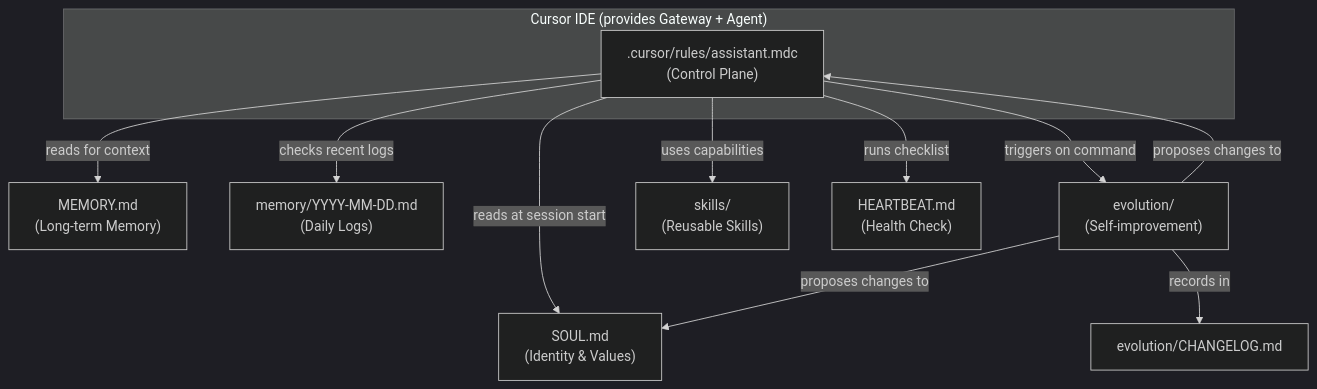
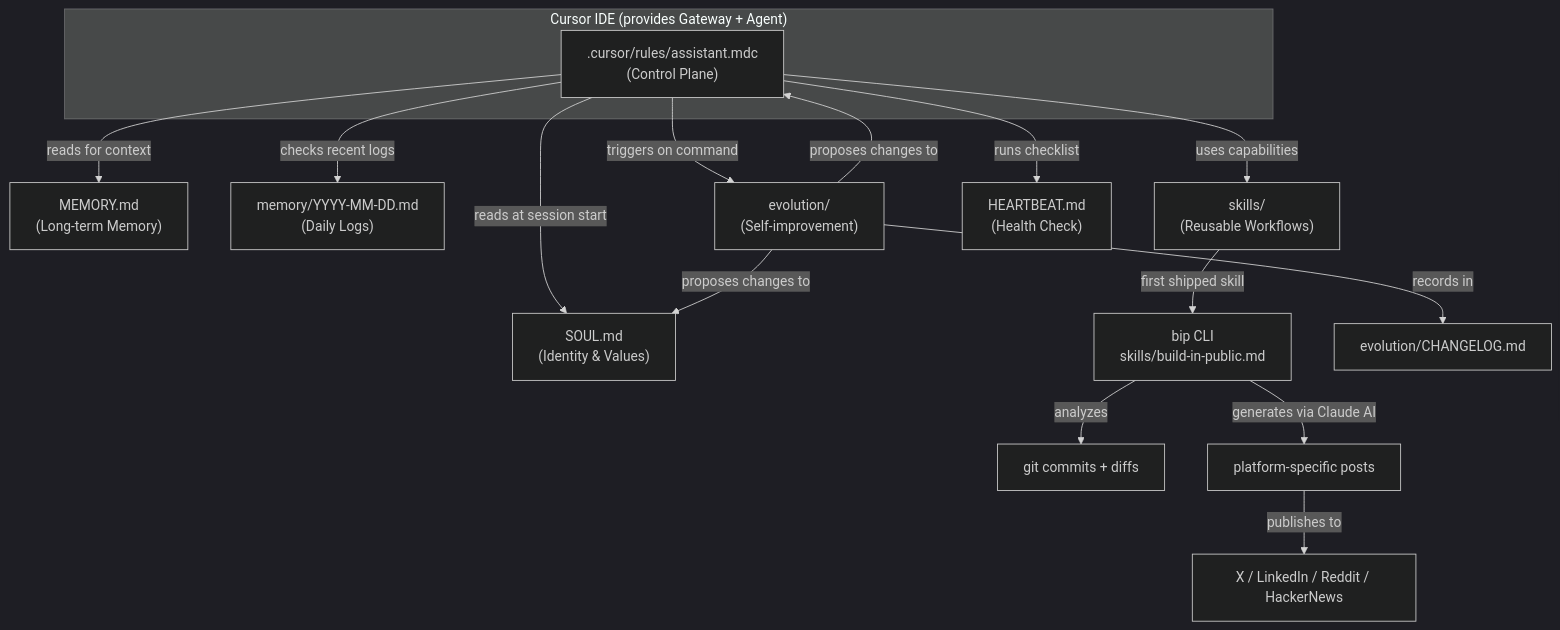
Before and after one commit to cynthialmy/cynthialmy.github.io: the second of 10 diagrams in _posts/2026-02-27-self-evolving-ai-assistant.md, drawn with Mermaid (dark theme). The commit also changed other lines of this file and 1 other file, not shown here.

Commit message:
added  bip npm build

````diff
--- a/_posts/2026-02-27-self-evolving-ai-assistant.md
+++ b/_posts/2026-02-27-self-evolving-ai-assistant.md
@@ -133,17 +137,22 @@
 ```mermaid
 flowchart TB
     subgraph CursorIDE ["Cursor IDE (provides Gateway + Agent)"]
         Rule[".cursor/rules/assistant.mdc<br/>(Control Plane)"]
     end
 
     Rule -->|"reads at session start"| Soul["SOUL.md<br/>(Identity & Values)"]
     Rule -->|"reads for context"| Memory["MEMORY.md<br/>(Long-term Memory)"]
     Rule -->|"checks recent logs"| DailyLog["memory/YYYY-MM-DD.md<br/>(Daily Logs)"]
     Rule -->|"triggers on command"| Evolution["evolution/<br/>(Self-improvement)"]
-    Rule -->|"uses capabilities"| Skills["skills/<br/>(Reusable Skills)"]
+    Rule -->|"uses capabilities"| Skills["skills/<br/>(Reusable Workflows)"]
     Rule -->|"runs checklist"| Heartbeat["HEARTBEAT.md<br/>(Health Check)"]
+
+    Skills -->|"first shipped skill"| BIP["bip CLI<br/>skills/build-in-public.md"]
+    BIP -->|"analyzes"| Commits["git commits + diffs"]
+    BIP -->|"generates via Claude AI"| Posts["platform-specific posts"]
+    Posts -->|"publishes to"| Platforms["X / LinkedIn / Reddit / HackerNews"]
 
     Evolution -->|"proposes changes to"| Soul
     Evolution -->|"proposes changes to"| Rule
     Evolution -->|"records in"| Changelog["evolution/CHANGELOG.md"]
 ```
````
